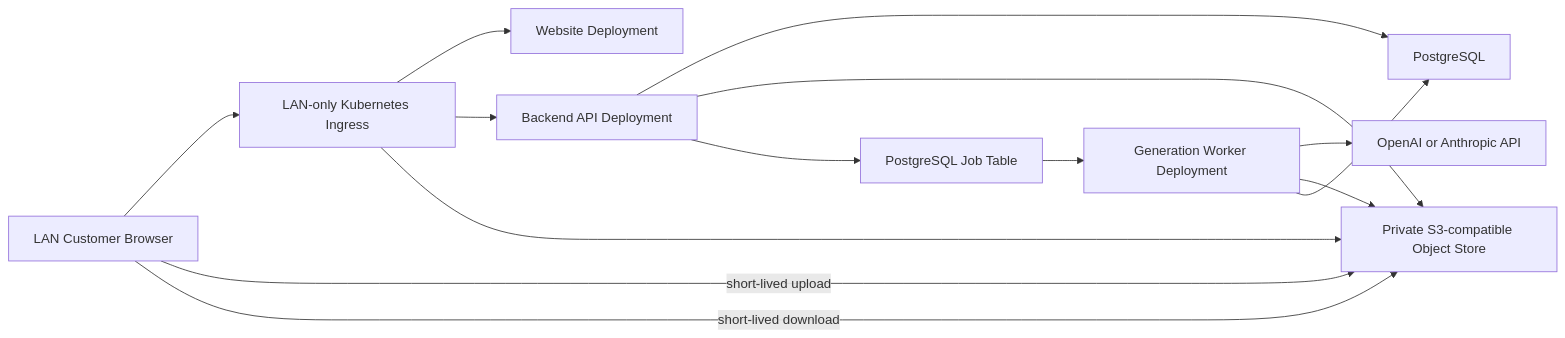
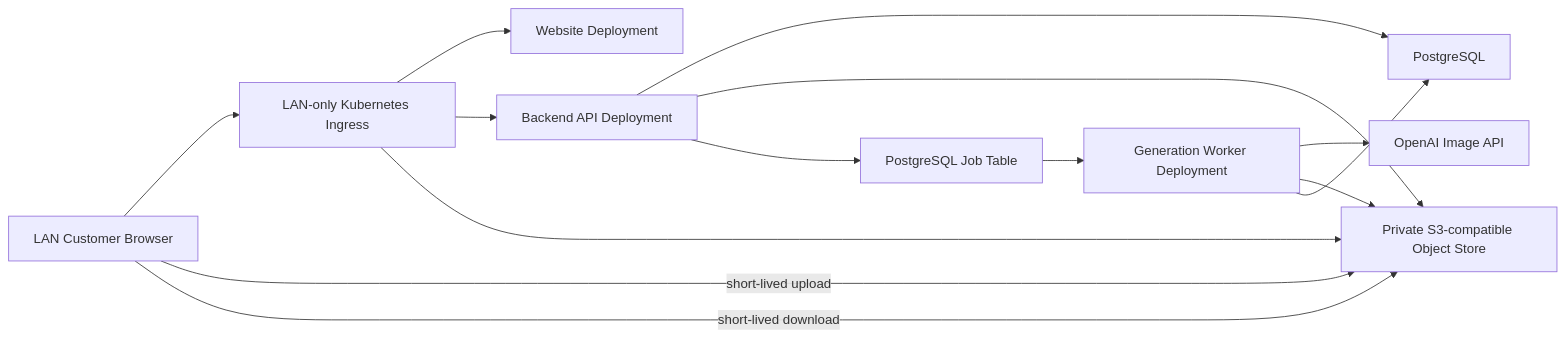
Before and after one commit to tongking6/ai-artist: the diagram in docs/ai-artist/hld/milestone-1-high-level-design.md, drawn with Mermaid. The commit also changed other lines of this file and 9 other files, not shown here.

````diff
--- a/docs/ai-artist/hld/milestone-1-high-level-design.md
+++ b/docs/ai-artist/hld/milestone-1-high-level-design.md
@@ -91,16 +92,16 @@
 ```mermaid
 flowchart LR
   U[LAN Customer Browser] --> I[LAN-only Kubernetes Ingress]
   I --> W[Website Deployment]
   I --> API[Backend API Deployment]
   I --> O[Private S3-compatible Object Store]
   API --> DB[PostgreSQL]
   API --> O
   U -->|short-lived upload| O
   API --> Q[PostgreSQL Job Table]
   Q --> GW[Generation Worker Deployment]
-  GW --> P[OpenAI or Anthropic API]
+  GW --> P[OpenAI Image API]
   GW --> O
   GW --> DB
   U -->|short-lived download| O
 ```
````
